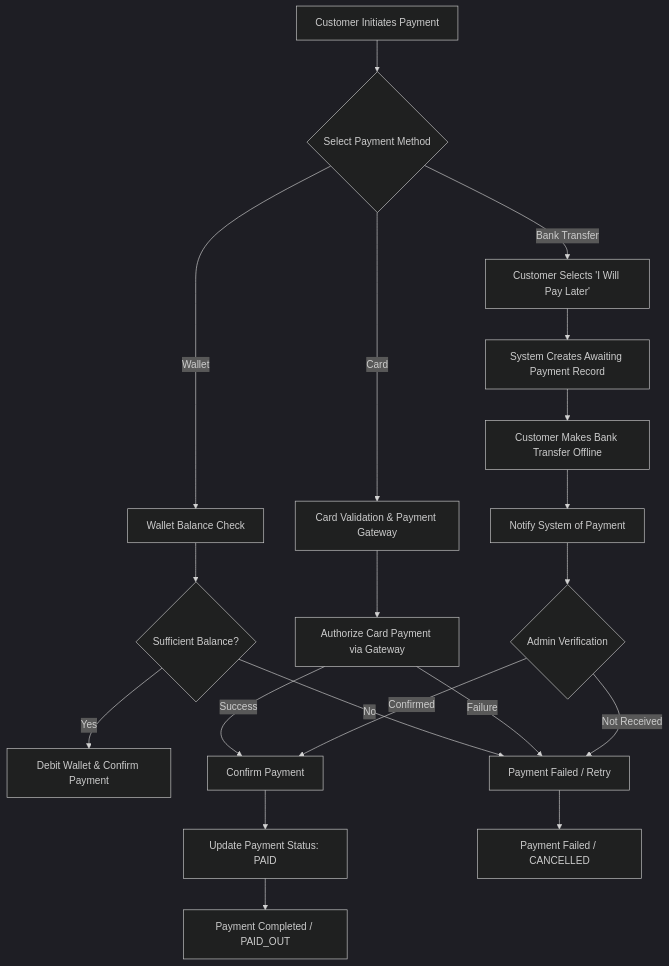
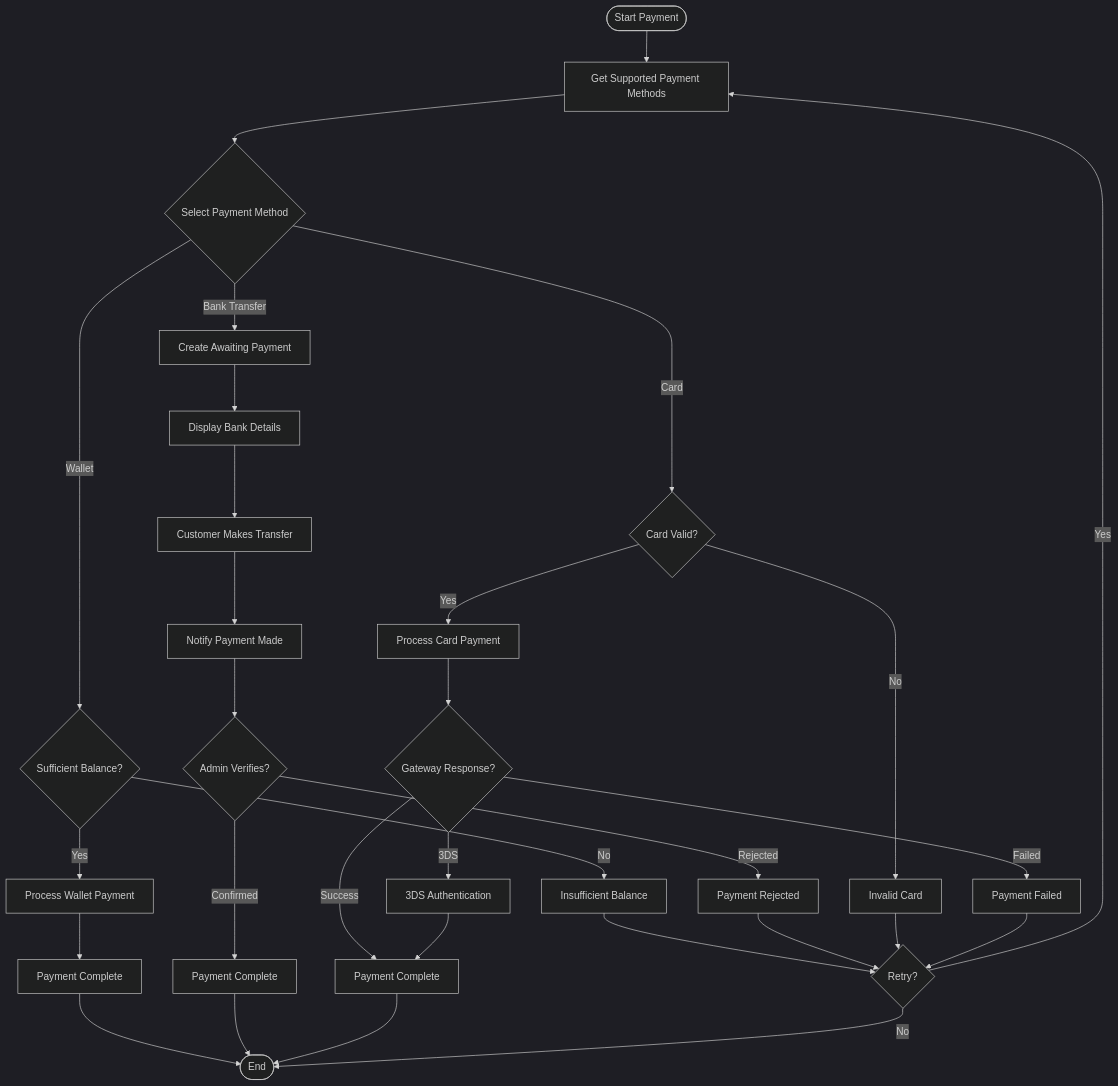
One commit to trillionclues-fincode/docs changed the seventh of 7 diagrams in deposit-engine/process-flows.mdx. Above: the diagram before and after it, drawn with Mermaid (dark theme). The commit also changed other lines of this file, not shown here.

Commit message:
refactor(docs): correct deposit engine process flow documentation

`````diff
--- a/deposit-engine/process-flows.mdx
+++ b/deposit-engine/process-flows.mdx
@@ -27,26 +370,37 @@
 ```mermaid
 flowchart TD
-    A[Customer Initiates Payment] --> B{Select Payment Method}
-    B -->|Wallet| C[Wallet Balance Check]
-    B -->|Card| D[Card Validation & Payment Gateway]
-    B -->|Bank Transfer| E[Customer Selects 'I Will Pay Later']
+    Start([Start Payment]) --> GetMethods[Get Supported Payment Methods]
+    GetMethods --> SelectMethod{Select Payment Method}
     
-    C --> F{Sufficient Balance?}
-    F -->|Yes| G[Debit Wallet & Confirm Payment]
-    F -->|No| H[Payment Failed / Retry]
+    SelectMethod -->|Wallet| CheckBalance{Sufficient Balance?}
+    CheckBalance -->|Yes| ProcessWallet[Process Wallet Payment]
+    CheckBalance -->|No| Error1[Insufficient Balance]
+    ProcessWallet --> Success1[Payment Complete]
     
-    D --> I[Authorize Card Payment via Gateway]
-    I -->|Success| J[Confirm Payment]
-    I -->|Failure| H
+    SelectMethod -->|Bank Transfer| CreateAwaiting[Create Awaiting Payment]
+    CreateAwaiting --> ShowBankDetails[Display Bank Details]
+    ShowBankDetails --> CustomerTransfer[Customer Makes Transfer]
+    CustomerTransfer --> NotifyPayment[Notify Payment Made]
+    NotifyPayment --> AdminVerify{Admin Verifies?}
+    AdminVerify -->|Confirmed| Success2[Payment Complete]
+    AdminVerify -->|Rejected| Error2[Payment Rejected]
     
-    E --> K[System Creates Awaiting Payment Record]
-    K --> L[Customer Makes Bank Transfer Offline]
-    L --> M[Notify System of Payment]
-    M --> N{Admin Verification}
-    N -->|Confirmed| J
-    N -->|Not Received| H
-
-    J --> O[Update Payment Status: PAID]
-    O --> P[Payment Completed / PAID_OUT]
-    H --> Q[Payment Failed / CANCELLED]
-````
+    SelectMethod -->|Card| ValidateCard{Card Valid?}
+    ValidateCard -->|Yes| ProcessCard[Process Card Payment]
+    ValidateCard -->|No| Error3[Invalid Card]
+    ProcessCard --> GatewayResponse{Gateway Response?}
+    GatewayResponse -->|Success| Success3[Payment Complete]
+    GatewayResponse -->|Failed| Error4[Payment Failed]
+    GatewayResponse -->|3DS| Authenticate[3DS Authentication]
+    Authenticate --> Success3
+    
+    Success1 --> End([End])
+    Success2 --> End
+    Success3 --> End
+    Error1 --> Retry{Retry?}
+    Error2 --> Retry
+    Error3 --> Retry
+    Error4 --> Retry
+    Retry -->|Yes| GetMethods
+    Retry -->|No| End
+```
`````
